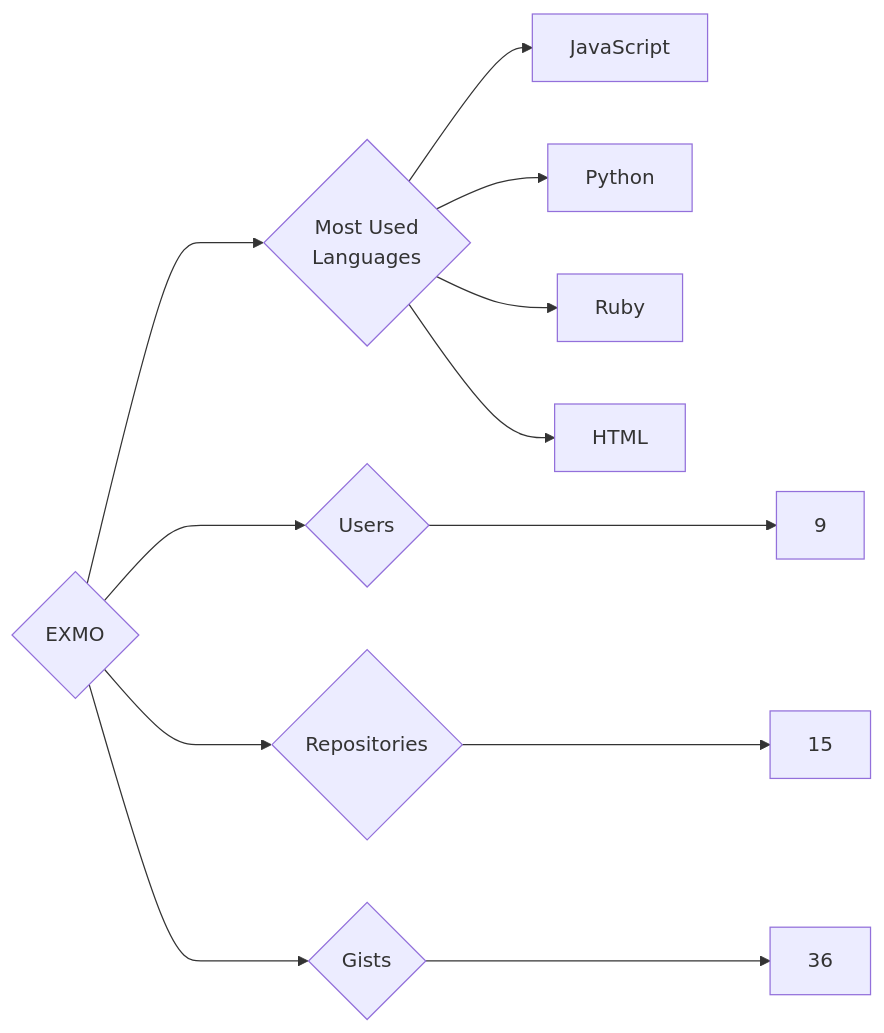
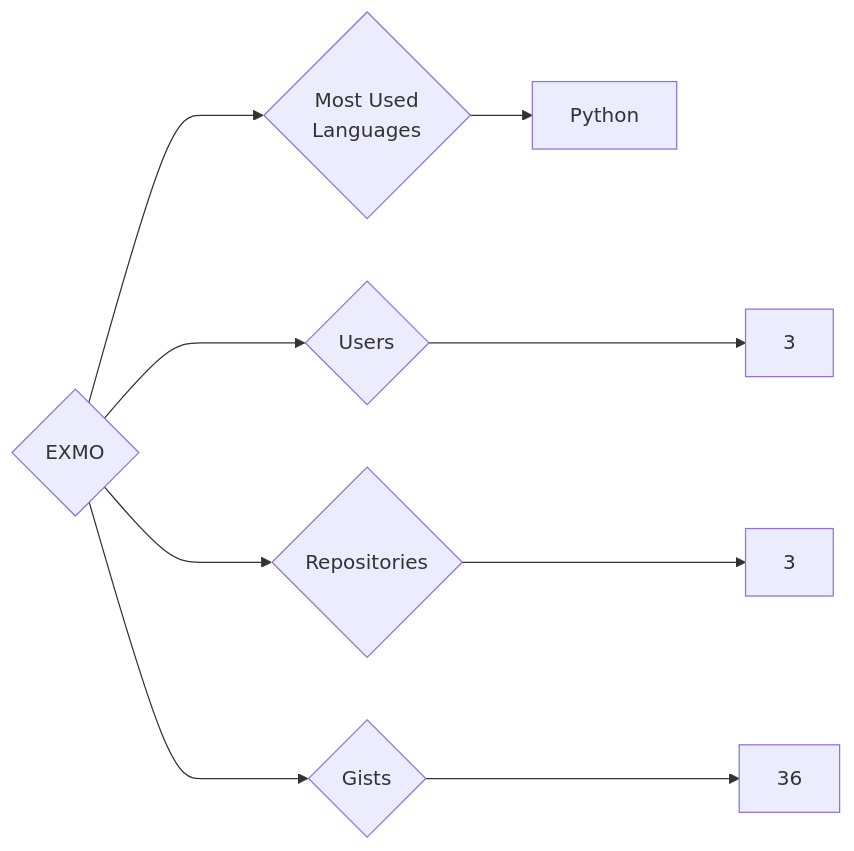
The diagram in targets/EXMO/README.md (trickest/insiders), drawn with Mermaid before and after one commit. The commit also changed 1141 other files, not shown here.

````diff
--- a/targets/EXMO/README.md
+++ b/targets/EXMO/README.md
@@ -3,12 +3,9 @@
 ```mermaid
 graph LR
 COMPANY_NAME{EXMO}
-COMPANY_NAME ---> U{Users} ---> UN[9]
-COMPANY_NAME ---> R{Repositories} ---> RN[15]
+COMPANY_NAME ---> U{Users} ---> UN[3]
+COMPANY_NAME ---> R{Repositories} ---> RN[3]
 COMPANY_NAME ---> G{Gists} ---> GN[36]
 COMPANY_NAME ---> ML{Most Used<br>Languages}
-ML --> JavaScript[JavaScript]
 ML --> Python[Python]
-ML --> Ruby[Ruby]
-ML --> HTML[HTML]
 ```
````
